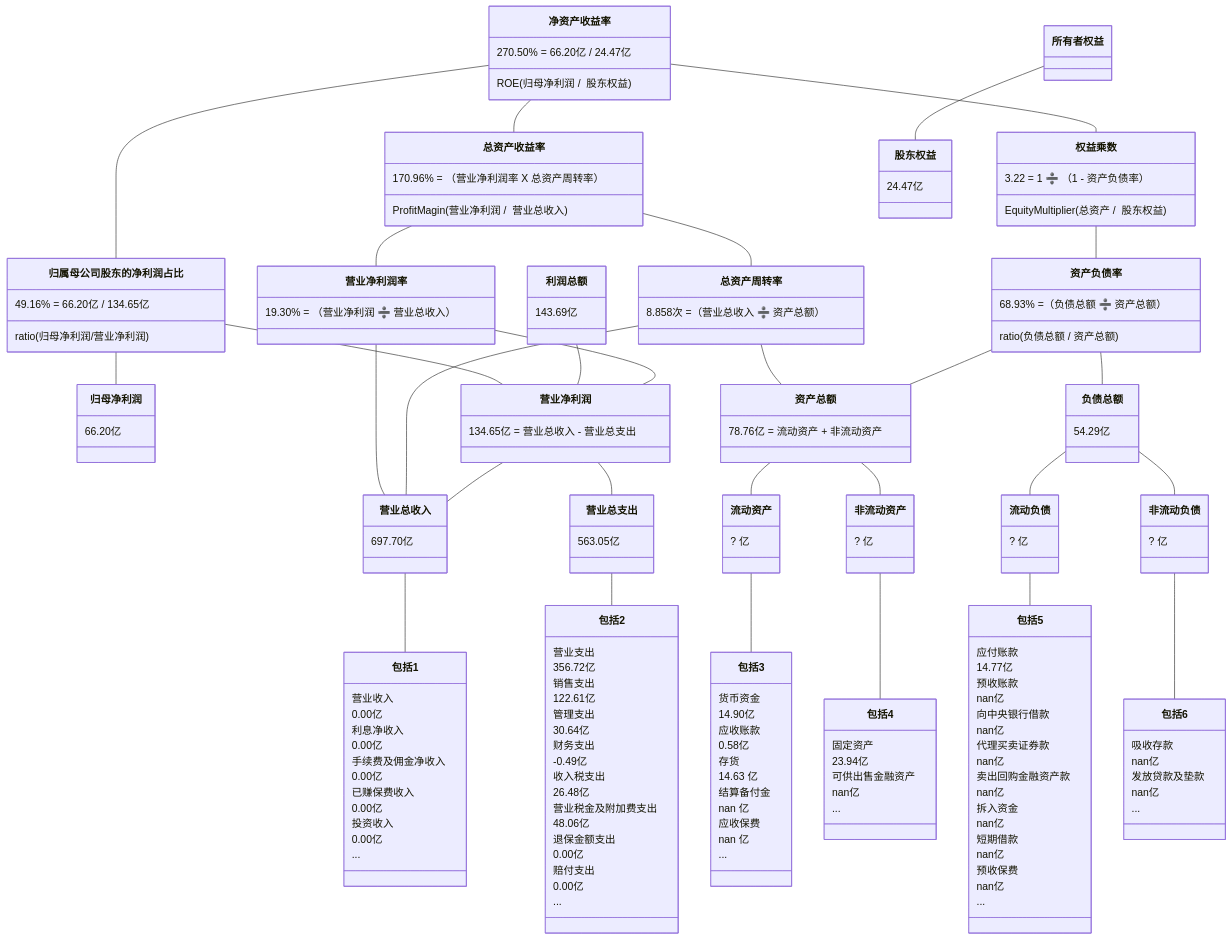
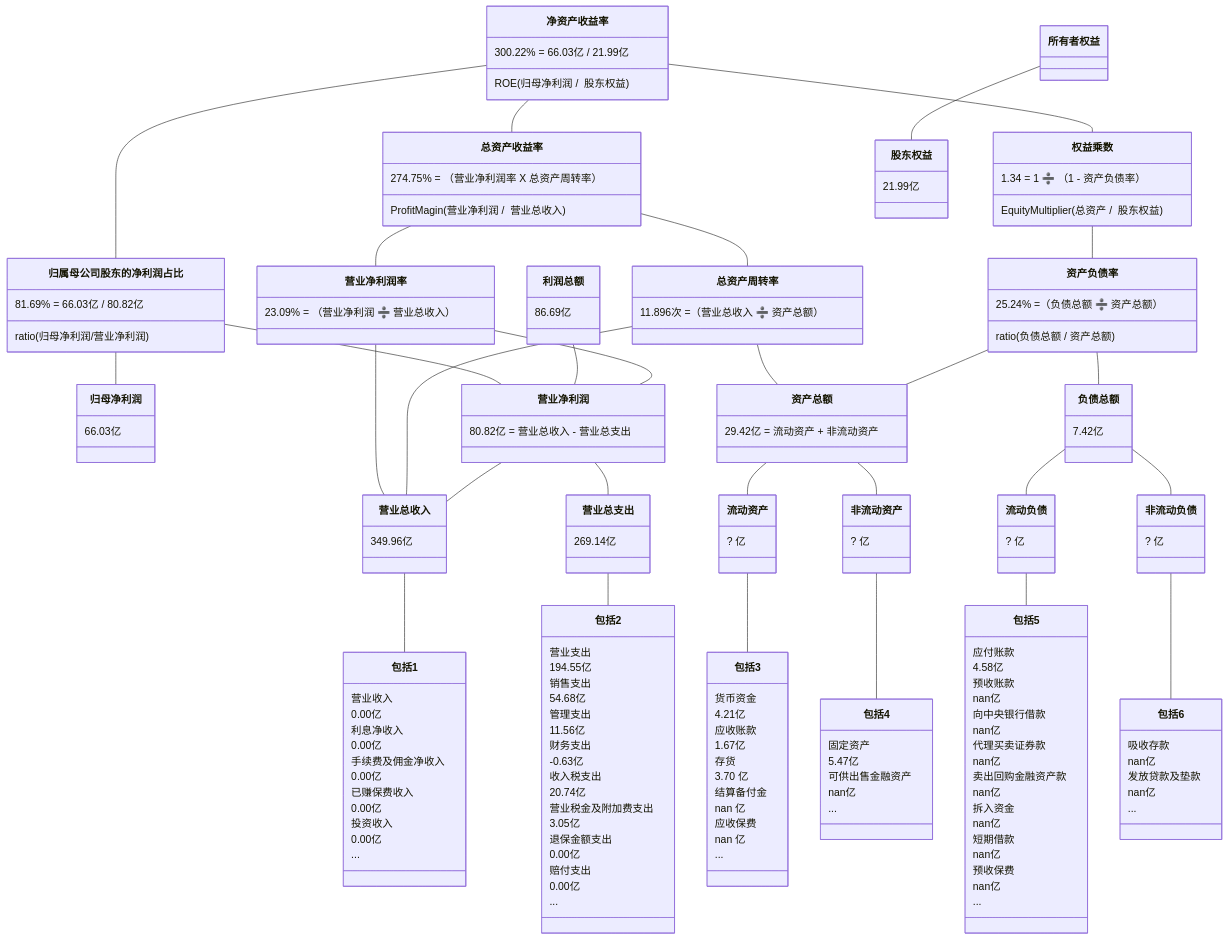
One commit to TheVeryDarkness/cs410 changed the first of 10 diagrams in 2/2.md. Above: the diagram before and after it, drawn with Mermaid. The commit also changed other lines of this file and 59 other files, not shown here.

````diff
--- a/2/2.md
+++ b/2/2.md
@@ -29,45 +33,45 @@
 ```mermaid
 classDiagram
 净资产收益率 -- 总资产收益率
-    净资产收益率 : 270.50% = 66.20亿 / 24.47亿
+    净资产收益率 : 300.22% = 66.03亿 / 21.99亿
     净资产收益率 : ROE(归母净利润 /  股东权益)
-    总资产收益率 : 170.96% = （营业净利润率 X 总资产周转率）
+    总资产收益率 : 274.75% = （营业净利润率 X 总资产周转率）
     总资产收益率 : ProfitMagin(营业净利润 /  营业总收入)
 净资产收益率 -- 归属母公司股东的净利润占比
-	  归属母公司股东的净利润占比 : 49.16% = 66.20亿 / 134.65亿
+	  归属母公司股东的净利润占比 : 81.69% = 66.03亿 / 80.82亿
 	  归属母公司股东的净利润占比 : ratio(归母净利润/营业净利润)
 归属母公司股东的净利润占比 -- 归母净利润
-    归母净利润 : 66.20亿
+    归母净利润 : 66.03亿
 归属母公司股东的净利润占比 -- 营业净利润
-利润总额 : 143.69亿
+利润总额 : 86.69亿
 利润总额 -- 营业净利润
 净资产收益率 -- 权益乘数
-    权益乘数 : 3.22 = 1 ➗ （1 - 资产负债率）
+    权益乘数 : 1.34 = 1 ➗ （1 - 资产负债率）
     权益乘数 : EquityMultiplier(总资产 /  股东权益)
 
 总资产收益率 -- 营业净利润率
-    营业净利润率 : 19.30% = （营业净利润 ➗ 营业总收入）
+    营业净利润率 : 23.09% = （营业净利润 ➗ 营业总收入）
 总资产收益率 -- 总资产周转率
-    总资产周转率 : 8.858次 =（营业总收入 ➗ 资产总额）
+    总资产周转率 : 11.896次 =（营业总收入 ➗ 资产总额）
 权益乘数 -- 资产负债率
-    资产负债率  : 68.93% =（负债总额 ➗ 资产总额）
+    资产负债率  : 25.24% =（负债总额 ➗ 资产总额）
     资产负债率  : ratio(负债总额 / 资产总额)
 
 营业净利润率 -- 营业净利润
-    营业净利润 : 134.65亿 = 营业总收入 - 营业总支出
+    营业净利润 : 80.82亿 = 营业总收入 - 营业总支出
 营业净利润率 -- 营业总收入
 总资产周转率 -- 营业总收入
 总资产周转率 -- 资产总额
-    资产总额 : 78.76亿 = 流动资产 + 非流动资产
+    资产总额 : 29.42亿 = 流动资产 + 非流动资产
 资产负债率 -- 负债总额
-    负债总额 : 54.29亿
+    负债总额 : 7.42亿
 资产负债率 -- 资产总额
 
 
 营业净利润 -- 营业总收入
-    营业总收入 : 697.70亿
+    营业总收入 : 349.96亿
 营业净利润 -- 营业总支出
-    营业总支出 : 563.05亿
+    营业总支出 : 269.14亿
 资产总额 -- 流动资产
 	  流动资产 : ? 亿
 资产总额 -- 非流动资产
@@ -91,17 +95,17 @@
     包括1 : ...
 营业总支出 -- 包括2
     包括2 : 营业支出
-    包括2 : 356.72亿
+    包括2 : 194.55亿
     包括2 : 销售支出
-    包括2 : 122.61亿
+    包括2 : 54.68亿
     包括2 : 管理支出
-    包括2 : 30.64亿
+    包括2 : 11.56亿
     包括2 : 财务支出
-    包括2 : -0.49亿
+    包括2 : -0.63亿
     包括2 : 收入税支出
-    包括2 : 26.48亿
+    包括2 : 20.74亿
     包括2 : 营业税金及附加费支出
-    包括2 : 48.06亿
+    包括2 : 3.05亿
     包括2 : 退保金额支出
     包括2 : 0.00亿
     包括2 : 赔付支出
@@ -109,11 +113,11 @@
     包括2 : ...
 流动资产 -- 包括3
     包括3 : 货币资金
-    包括3 : 14.90亿
+    包括3 : 4.21亿
     包括3 : 应收账款
-    包括3 : 0.58亿
+    包括3 : 1.67亿
     包括3 : 存货
-    包括3 : 14.63 亿
+    包括3 : 3.70 亿
     包括3 : 结算备付金
     包括3 : nan 亿
     包括3 : 应收保费
@@ -121,13 +125,13 @@
     包括3 : ...
 非流动资产 -- 包括4
     包括4 : 固定资产
-    包括4 : 23.94亿
+    包括4 : 5.47亿
     包括4 : 可供出售金融资产
     包括4 : nan亿
     包括4 : ...
 流动负债 -- 包括5
     包括5 : 应付账款
-    包括5 : 14.77亿
+    包括5 : 4.58亿
     包括5 : 预收账款
     包括5 : nan亿
     包括5 : 向中央银行借款
@@ -150,5 +154,5 @@
     包括6 : nan亿
     包括6 : ...
 所有者权益 -- 股东权益
-    股东权益 : 24.47亿
+    股东权益 : 21.99亿
 ```
````
